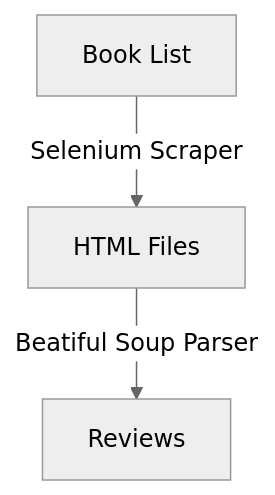
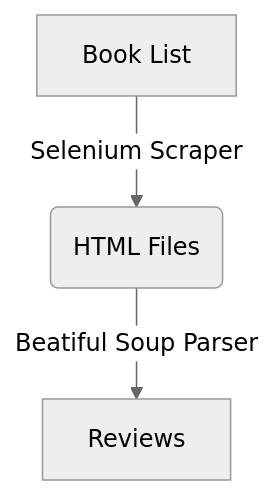
The diagram in README.md (mfdalgetty/Goodreads-Scraper), drawn with Mermaid (neutral theme) before and after one commit. The commit also changed other lines of this file, not shown here.

````diff
--- a/README.md
+++ b/README.md
@@ -15,5 +15,5 @@
 ```mermaid
 flowchart TD
-    A[Book List] -->|Selenium Scraper| B[HTML Files]
+    A[Book List] -->|Selenium Scraper| B(HTML Files)
     B --> |Beatiful Soup Parser| C[Reviews]
 ```
````
